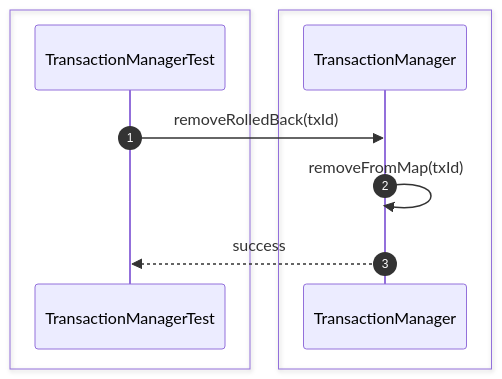
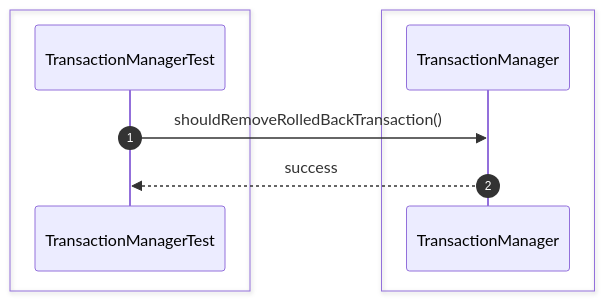
The ninth of 54 diagrams in src/sequence/transaction.md (Huy1801214/dbms-architecture), drawn with Mermaid before and after one commit. The commit also changed other lines of this file and 68 other files, not shown here.

Commit message:
implement comprehensive unit test suite and architectural sequence documentation

````diff
--- a/src/sequence/transaction.md
+++ b/src/sequence/transaction.md
@@ -152,15 +126,13 @@
 ```mermaid
 sequenceDiagram
     autonumber
-
     box #e1f5fe Test Suite
     participant Test as TransactionManagerTest
     end
-    box #ffebee Transaction Components
-    participant Manager as TransactionManager
+    box #ffebee TransactionManager Component
+    participant TM as TransactionManager
     end
 
-    Test->>Manager: removeRolledBack(txId)
-    Manager->>Manager: removeFromMap(txId)
-    Manager-->>Test: success
+    Test->>TM: shouldRemoveRolledBackTransaction()
+    TM-->>Test: success
 ```
````
